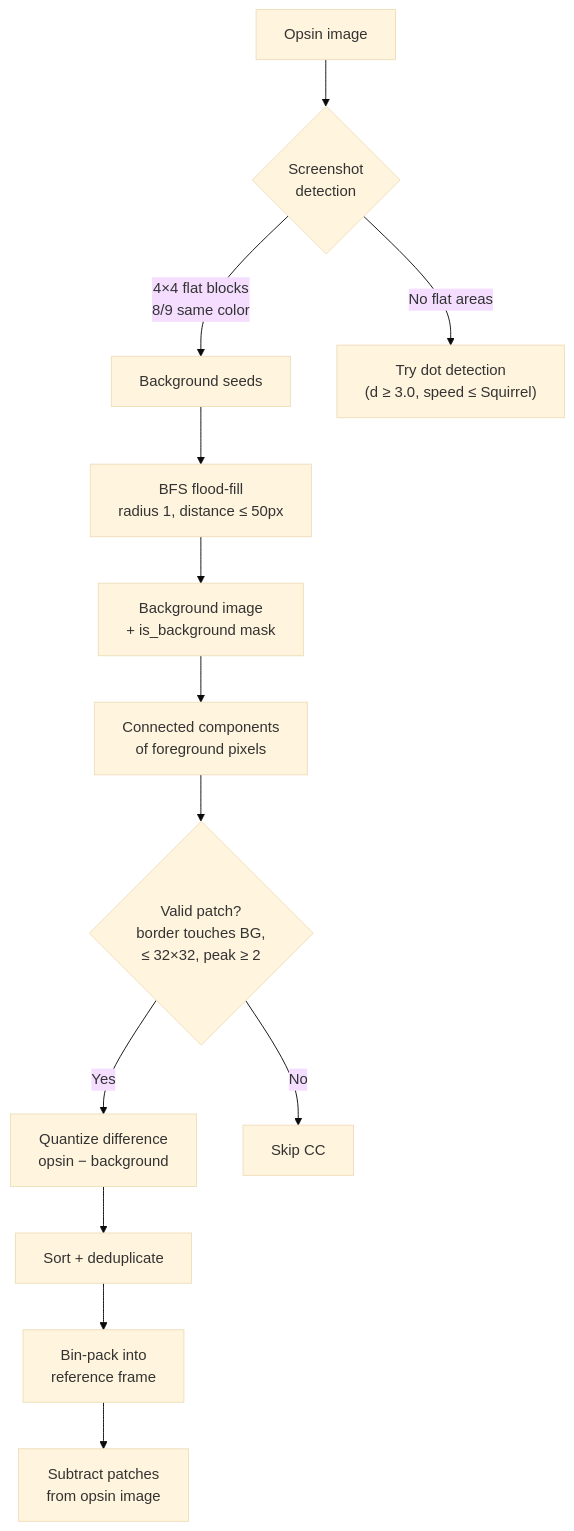
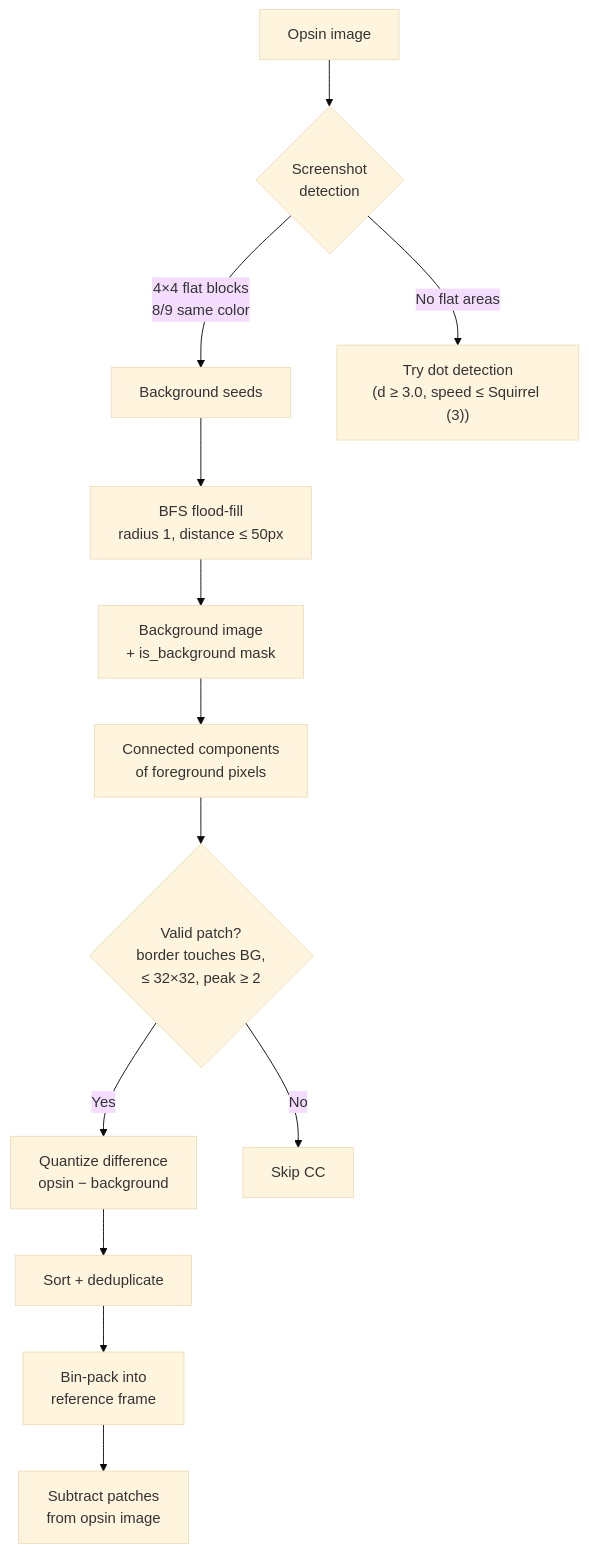
The diagram in docs/src/features/patches.md (imazen/libjxl), drawn with Mermaid (base theme) before and after one commit. The commit also changed other lines of this file and 17 other files, not shown here.

````diff
--- a/docs/src/features/patches.md
+++ b/docs/src/features/patches.md
@@ -3,15 +3,15 @@
 ```mermaid
 flowchart TD
     OPSIN["Opsin image"] --> SCREEN{"Screenshot<br/>detection"}
     SCREEN -->|4×4 flat blocks<br/>8/9 same color| SEED["Background seeds"]
-    SCREEN -->|No flat areas| DOTS["Try dot detection<br/>(d ≥ 3.0, speed ≤ Squirrel)"]
+    SCREEN -->|No flat areas| DOTS["Try dot detection<br/>(d ≥ 3.0, speed ≤ Squirrel (3))"]
     SEED --> BFS["BFS flood-fill<br/>radius 1, distance ≤ 50px"]
     BFS --> BG["Background image<br/>+ is_background mask"]
     BG --> CC["Connected components<br/>of foreground pixels"]
     CC --> VALID{"Valid patch?<br/>border touches BG,<br/>≤ 32×32, peak ≥ 2"}
     VALID -->|Yes| QUANT["Quantize difference<br/>opsin − background"]
     VALID -->|No| SKIP["Skip CC"]
     QUANT --> DEDUP["Sort + deduplicate"]
     DEDUP --> PACK["Bin-pack into<br/>reference frame"]
     PACK --> SUB["Subtract patches<br/>from opsin image"]
 ```
````
